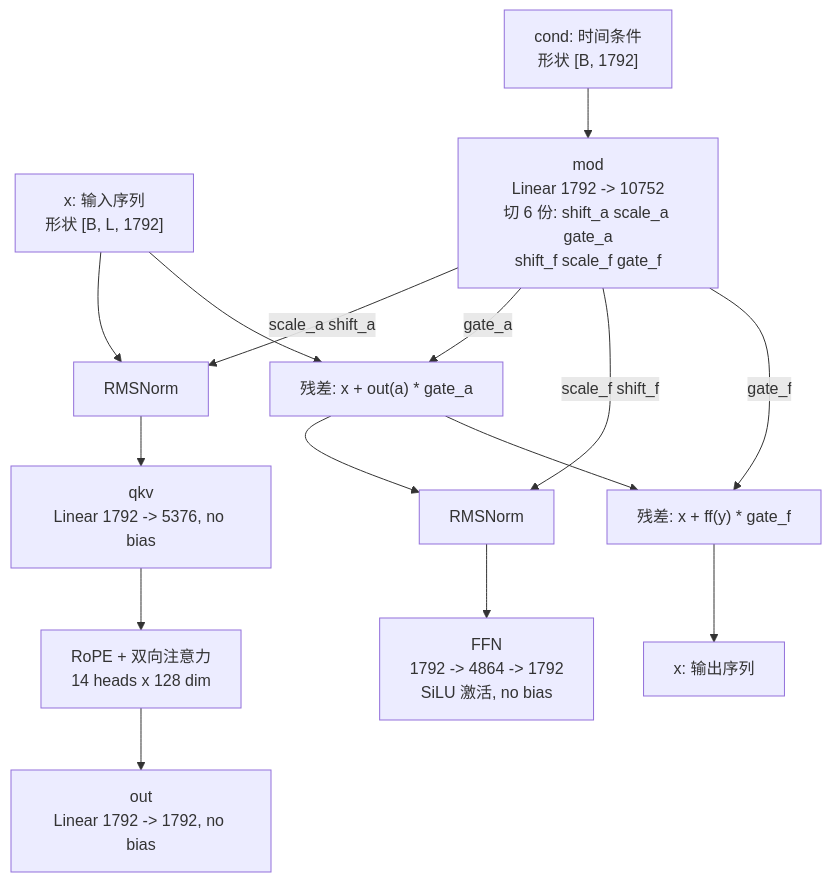
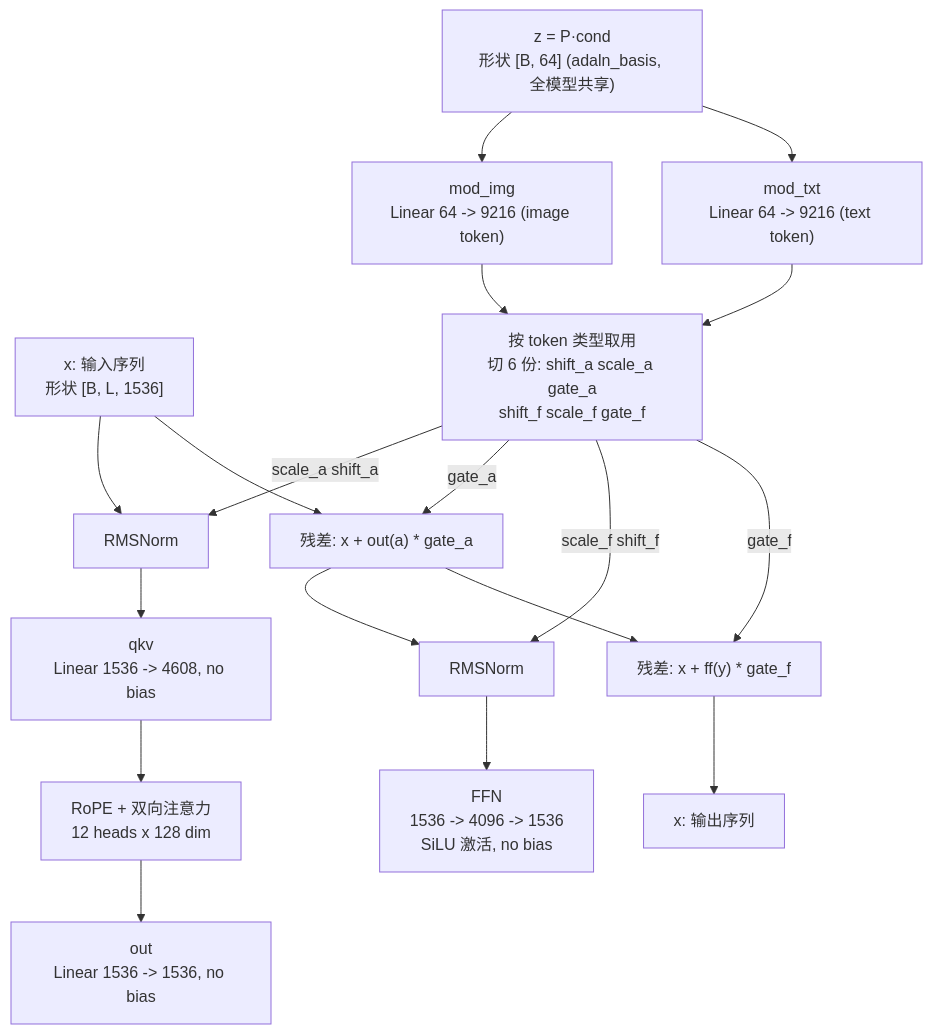
One commit to Yvonne-OH/OpenUniDit changed the third of 3 diagrams in docs/giga_exp_architecture.md. Above: the diagram before and after it, drawn with Mermaid. The commit also changed other lines of this file and 14 other files, not shown here.

First line of the commit message:
feat(adaln): 训练/推理默认切换 basis r=64 共享基 AdaLN, 旧 ckpt 自动低秩转换

````diff
--- a/docs/giga_exp_architecture.md
+++ b/docs/giga_exp_architecture.md
@@ -111,17 +126,20 @@
 ```mermaid
 flowchart TB
-    IN["x: 输入序列<br/>形状 [B, L, 1792]"] --> N1["RMSNorm"]
-    COND["cond: 时间条件<br/>形状 [B, 1792]"] --> M["mod<br/>Linear 1792 -> 10752<br/>切 6 份: shift_a scale_a gate_a<br/>shift_f scale_f gate_f"]
+    IN["x: 输入序列<br/>形状 [B, L, 1536]"] --> N1["RMSNorm"]
+    Z["z = P·cond<br/>形状 [B, 64] (adaln_basis, 全模型共享)"] --> MI["mod_img<br/>Linear 64 -> 9216 (image token)"]
+    Z --> MT["mod_txt<br/>Linear 64 -> 9216 (text token)"]
+    MI --> M["按 token 类型取用<br/>切 6 份: shift_a scale_a gate_a<br/>shift_f scale_f gate_f"]
+    MT --> M
     M -->|"scale_a shift_a"| N1
-    N1 --> QKV["qkv<br/>Linear 1792 -> 5376, no bias"]
-    QKV --> ATT["RoPE + 双向注意力<br/>14 heads x 128 dim"]
-    ATT --> AO["out<br/>Linear 1792 -> 1792, no bias"]
+    N1 --> QKV["qkv<br/>Linear 1536 -> 4608, no bias"]
+    QKV --> ATT["RoPE + 双向注意力<br/>12 heads x 128 dim"]
+    ATT --> AO["out<br/>Linear 1536 -> 1536, no bias"]
     M -->|gate_a| ARES["残差: x + out(a) * gate_a"]
     IN --> ARES
     ARES --> N2["RMSNorm"]
     M -->|"scale_f shift_f"| N2
-    N2 --> FF["FFN<br/>1792 -> 4864 -> 1792<br/>SiLU 激活, no bias"]
+    N2 --> FF["FFN<br/>1536 -> 4096 -> 1536<br/>SiLU 激活, no bias"]
     M -->|gate_f| FRES["残差: x + ff(y) * gate_f"]
     ARES --> FRES
     FRES --> NEXT["x: 输出序列"]
 ```
````
